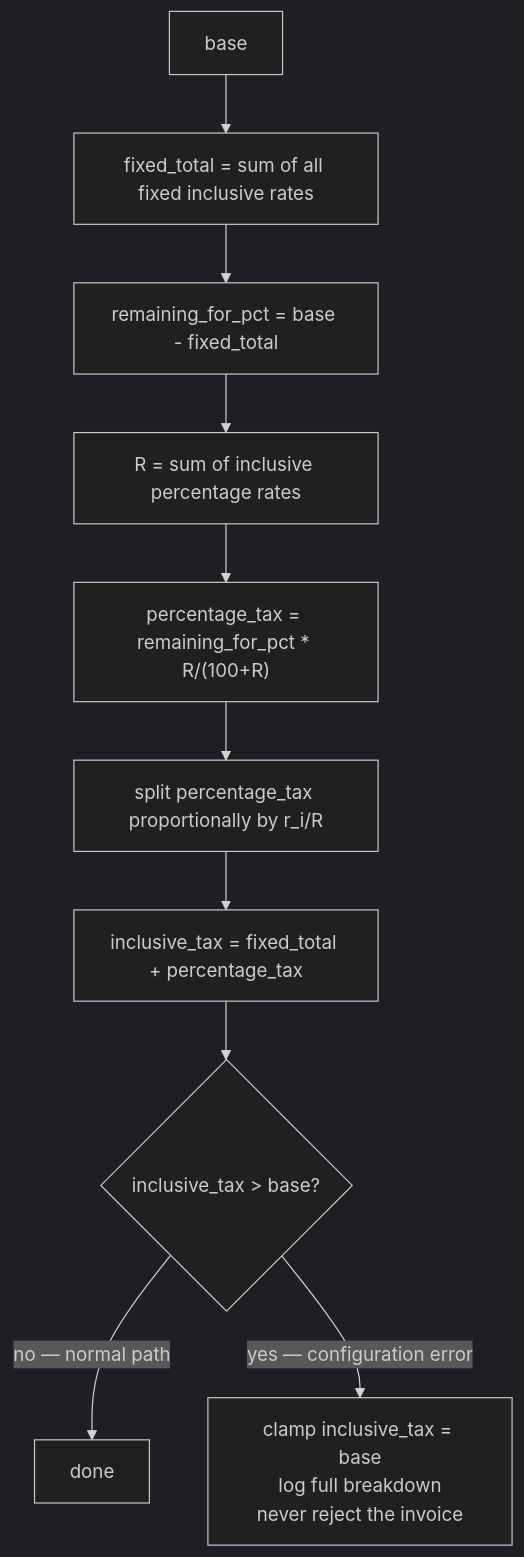
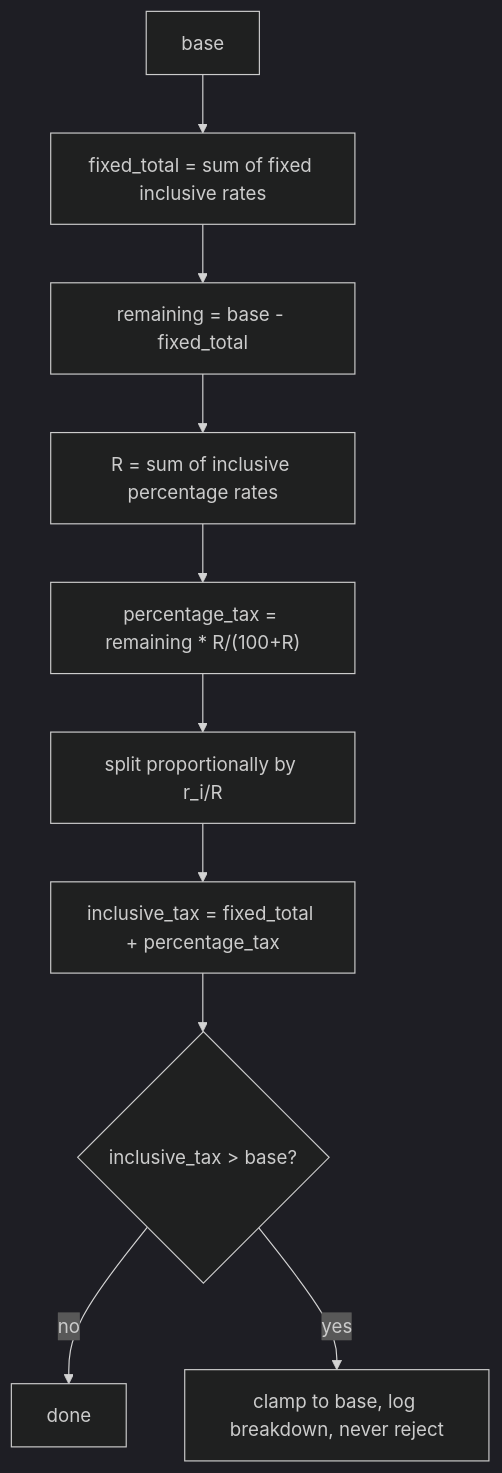
The third of 5 diagrams in docs/design/2026-08-17-FLE-1187-taxation-lineitem-inclusive.md (flexprice/flexprice), drawn with Mermaid (dark theme) before and after one commit. The commit also changed other lines of this file, not shown here.

Commit message:
docs(taxation): refine design document for inclusive and exclusive tax handling, clarifying scope and terminology

````diff
--- a/docs/design/2026-08-17-FLE-1187-taxation-lineitem-inclusive.md
+++ b/docs/design/2026-08-17-FLE-1187-taxation-lineitem-inclusive.md
@@ -412,12 +331,12 @@
 ```mermaid
 flowchart TD
-    B["base"] --> FT["fixed_total = sum of all fixed inclusive rates"]
-    FT --> REM["remaining_for_pct = base - fixed_total"]
+    B["base"] --> FT["fixed_total = sum of fixed inclusive rates"]
+    FT --> REM["remaining = base - fixed_total"]
     REM --> R["R = sum of inclusive percentage rates"]
-    R --> PCT["percentage_tax = remaining_for_pct * R/(100+R)"]
-    PCT --> SPLIT["split percentage_tax proportionally by r_i/R"]
+    R --> PCT["percentage_tax = remaining * R/(100+R)"]
+    PCT --> SPLIT["split proportionally by r_i/R"]
     SPLIT --> TOT["inclusive_tax = fixed_total + percentage_tax"]
     TOT --> GUARD{"inclusive_tax > base?"}
-    GUARD -->|"no — normal path"| OK["done"]
-    GUARD -->|"yes — configuration error"| CLAMP["clamp inclusive_tax = base<br/>log full breakdown<br/>never reject the invoice"]
+    GUARD -->|no| OK["done"]
+    GUARD -->|yes| CLAMP["clamp to base, log breakdown, never reject"]
 ```
````
